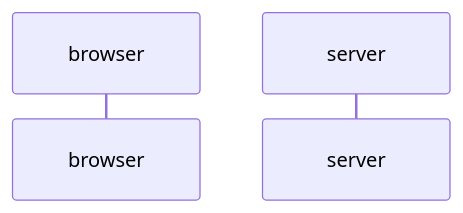
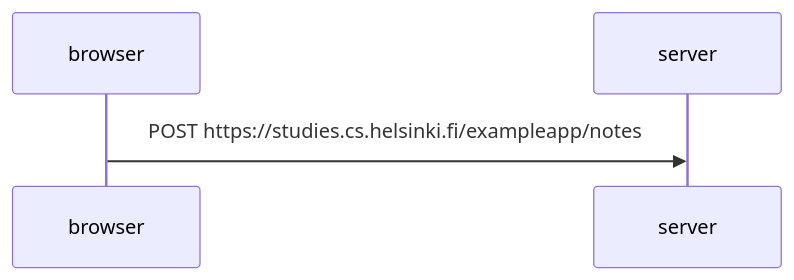
The diagram in osa0/tehtävä4.md (kapasko/Full-Stack-repositorio), drawn with Mermaid before and after one commit.

Commit message:
muutoksia

````diff
--- a/osa0/tehtävä4.md
+++ b/osa0/tehtävä4.md
@@ -1,5 +1,7 @@
 ```mermaid
 sequenceDiagram
 	participant browser
 	participant server
+
+	browser->>server: POST https://studies.cs.helsinki.fi/exampleapp/notes
 ```
````
